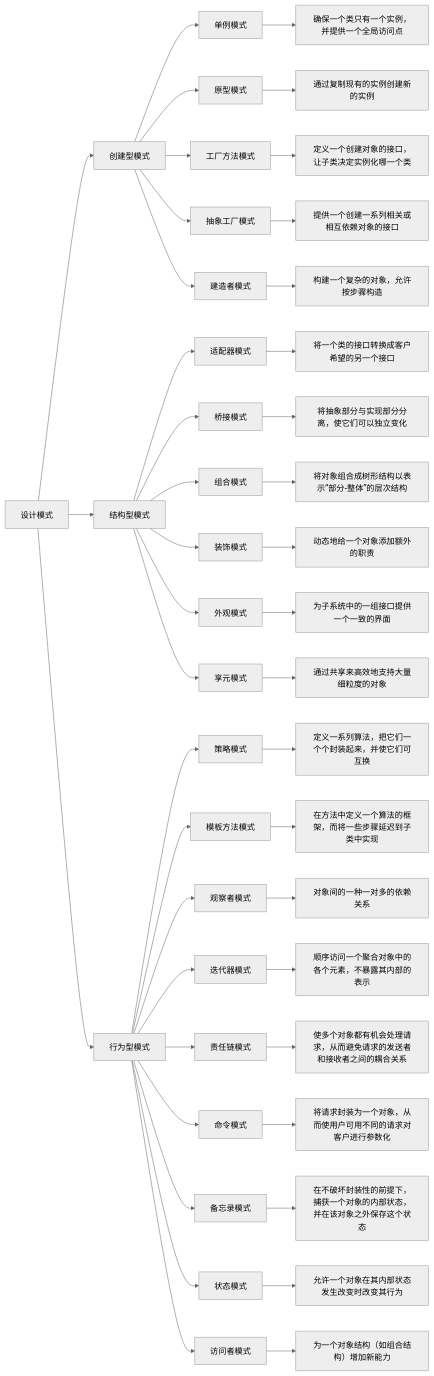
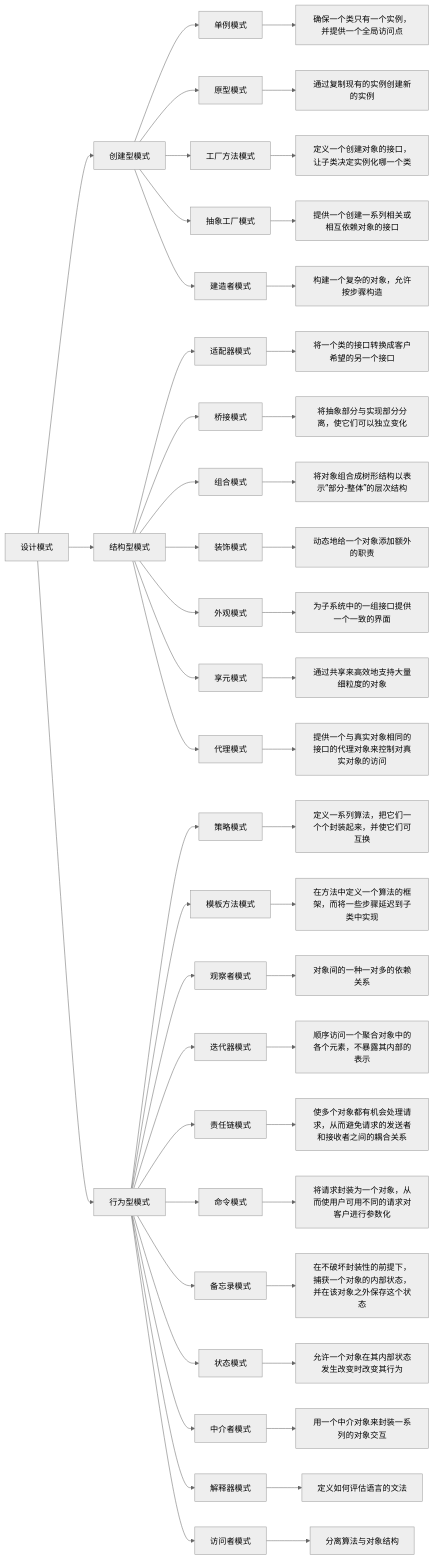
The diagram in DesignPatterns/overview.md (aiyinluya/blog), drawn with Mermaid (neutral theme) before and after one commit. The commit also changed other lines of this file, not shown here.

````diff
--- a/DesignPatterns/overview.md
+++ b/DesignPatterns/overview.md
@@ -59,69 +80,77 @@
 ```mermaid
 graph LR
     A[设计模式]
     A --> B[创建型模式]
     A --> C[结构型模式]
     A --> D[行为型模式]
     
     B --> E[单例模式]
     E --> F[确保一个类只有一个实例，并提供一个全局访问点]
     
     B --> G[原型模式]
     G --> H[通过复制现有的实例创建新的实例]
     
     B --> I[工厂方法模式]
     I --> J[定义一个创建对象的接口，让子类决定实例化哪一个类]
     
     B --> K[抽象工厂模式]
     K --> L[提供一个创建一系列相关或相互依赖对象的接口]
     
     B --> M[建造者模式]
     M --> N[构建一个复杂的对象，允许按步骤构造]
     
     C --> O[适配器模式]
     O --> P[将一个类的接口转换成客户希望的另一个接口]
     
     C --> Q[桥接模式]
     Q --> R[将抽象部分与实现部分分离，使它们可以独立变化]
     
     C --> S[组合模式]
     S --> T[将对象组合成树形结构以表示“部分-整体”的层次结构]
     
     C --> U[装饰模式]
     U --> V[动态地给一个对象添加额外的职责]
     
     C --> W[外观模式]
     W --> X[为子系统中的一组接口提供一个一致的界面]
     
     C --> Y[享元模式]
     Y --> Z[通过共享来高效地支持大量细粒度的对象]
+
+    C --> Y1[代理模式]
+    Y1 --> Z1[提供一个与真实对象相同的接口的代理对象来控制对真实对象的访问]
     
     D --> AA[策略模式]
     AA --> AB[定义一系列算法，把它们一个个封装起来，并使它们可互换]
     
     D --> AC[模板方法模式]
     AC --> AD[在方法中定义一个算法的框架，而将一些步骤延迟到子类中实现]
     
     D --> AE[观察者模式]
     AE --> AF[对象间的一种一对多的依赖关系]
     
     D --> AG[迭代器模式]
     AG --> AH[顺序访问一个聚合对象中的各个元素，不暴露其内部的表示]
     
     D --> AI[责任链模式]
     AI --> AJ[使多个对象都有机会处理请求，从而避免请求的发送者和接收者之间的耦合关系]
     
     D --> AK[命令模式]
     AK --> AL[将请求封装为一个对象，从而使用户可用不同的请求对客户进行参数化]
     
     D --> AM[备忘录模式]
     AM --> AN[在不破坏封装性的前提下，捕获一个对象的内部状态，并在该对象之外保存这个状态]
     
     D --> AO[状态模式]
     AO --> AP[允许一个对象在其内部状态发生改变时改变其行为]
     
-    D --> AQ[访问者模式]
-    AQ --> AR[为一个对象结构（如组合结构）增加新能力]
-
-
+    D --> AS[中介者模式]
+    AS --> AT[用一个中介对象来封装一系列的对象交互]
+    
+    D --> AU[解释器模式]
+    AU --> AV[定义如何评估语言的文法]
+    
+    D --> AW[访问者模式]
+    AW --> AX[分离算法与对象结构]
+    
 ```
````
